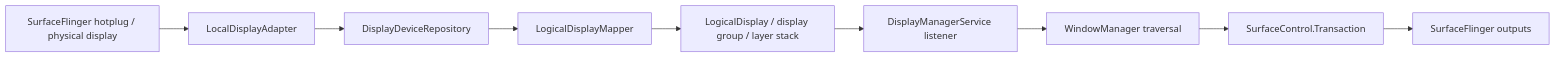
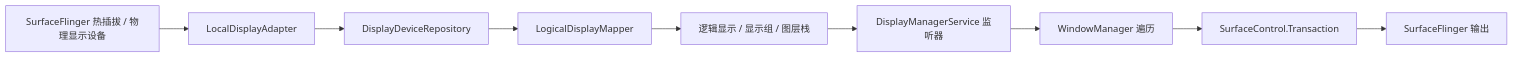
Before and after one commit to Gracker/android-internals-wiki: the second of 2 diagrams in src/part1-fundamentals/ch02-rendering/20-multiwindow-desktop-rendering.md, drawn with Mermaid. The commit also changed other lines of this file and 4 other files, not shown here.

````diff
--- a/src/part1-fundamentals/ch02-rendering/20-multiwindow-desktop-rendering.md
+++ b/src/part1-fundamentals/ch02-rendering/20-multiwindow-desktop-rendering.md
@@ -184,11 +184,11 @@
 ```mermaid
 flowchart LR
-    HP["SurfaceFlinger hotplug / physical display"] --> LDA["LocalDisplayAdapter"]
+    HP["SurfaceFlinger 热插拔 / 物理显示设备"] --> LDA["LocalDisplayAdapter"]
     LDA --> DDR["DisplayDeviceRepository"]
     DDR --> LDM["LogicalDisplayMapper"]
-    LDM --> LD["LogicalDisplay / display group / layer stack"]
-    LD --> DMS["DisplayManagerService listener"]
-    DMS --> WMS["WindowManager traversal"]
+    LDM --> LD["逻辑显示 / 显示组 / 图层栈"]
+    LD --> DMS["DisplayManagerService 监听器"]
+    DMS --> WMS["WindowManager 遍历"]
     WMS --> SCT["SurfaceControl.Transaction"]
-    SCT --> SF["SurfaceFlinger outputs"]
+    SCT --> SF["SurfaceFlinger 输出"]
 ```
````
